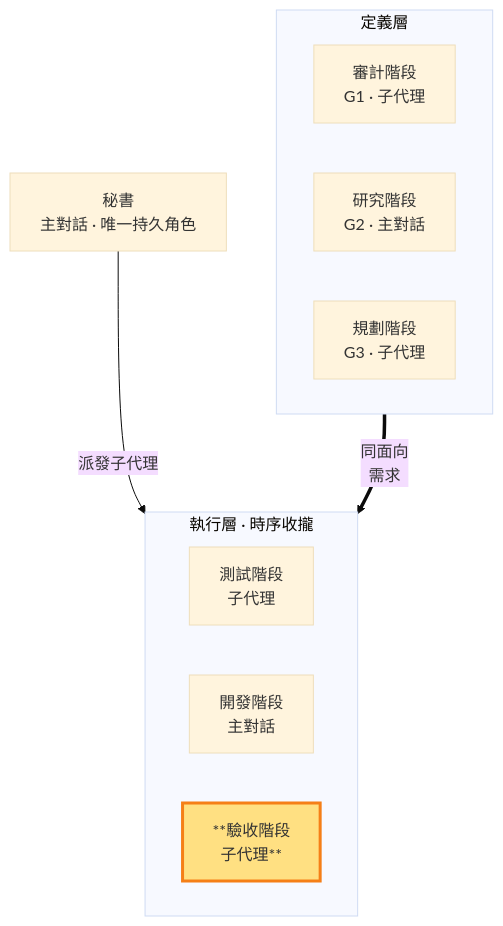
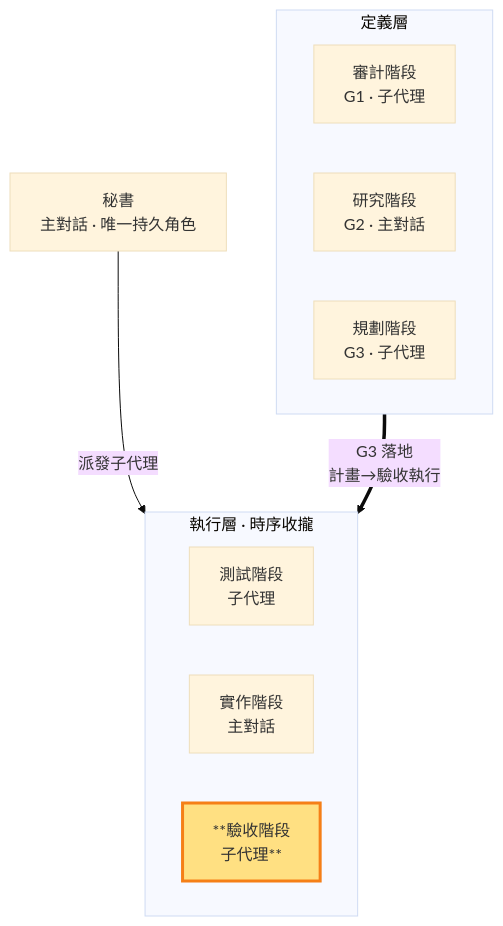
The diagram in skills/shiftblame/references/VERIFY.md (teps3105/shiftblame), drawn with Mermaid (base theme) before and after one commit. The commit also changed other lines of this file and 10 other files, not shown here.

````diff
--- a/skills/shiftblame/references/VERIFY.md
+++ b/skills/shiftblame/references/VERIFY.md
@@ -16,19 +16,19 @@
 ```mermaid
 flowchart TB
     SEC[秘書<br/>主對話 · 唯一持久角色]
     subgraph Consult["定義層"]
         direction LR
         AUD["審計階段<br/>G1 · 子代理"]
         RES["研究階段<br/>G2 · 主對話"]
         PLA["規劃階段<br/>G3 · 子代理"]
     end
     subgraph Build["執行層 · 時序收攏"]
         direction LR
         TST["測試階段<br/>子代理"]
-        DEV["開發階段<br/>主對話"]
+        DEV["實作階段<br/>主對話"]
         ACC["**驗收階段<br/>子代理**"]:::thisrole
     end
     SEC -- 派發子代理 --> ACC
-    AUD == "同面向<br/>需求" ==> ACC
+    PLA == "G3 落地<br/>計畫→驗收執行" ==> ACC
     classDef thisrole fill:#ffe082,stroke:#f57f17,stroke-width:3px;
 ```
````
